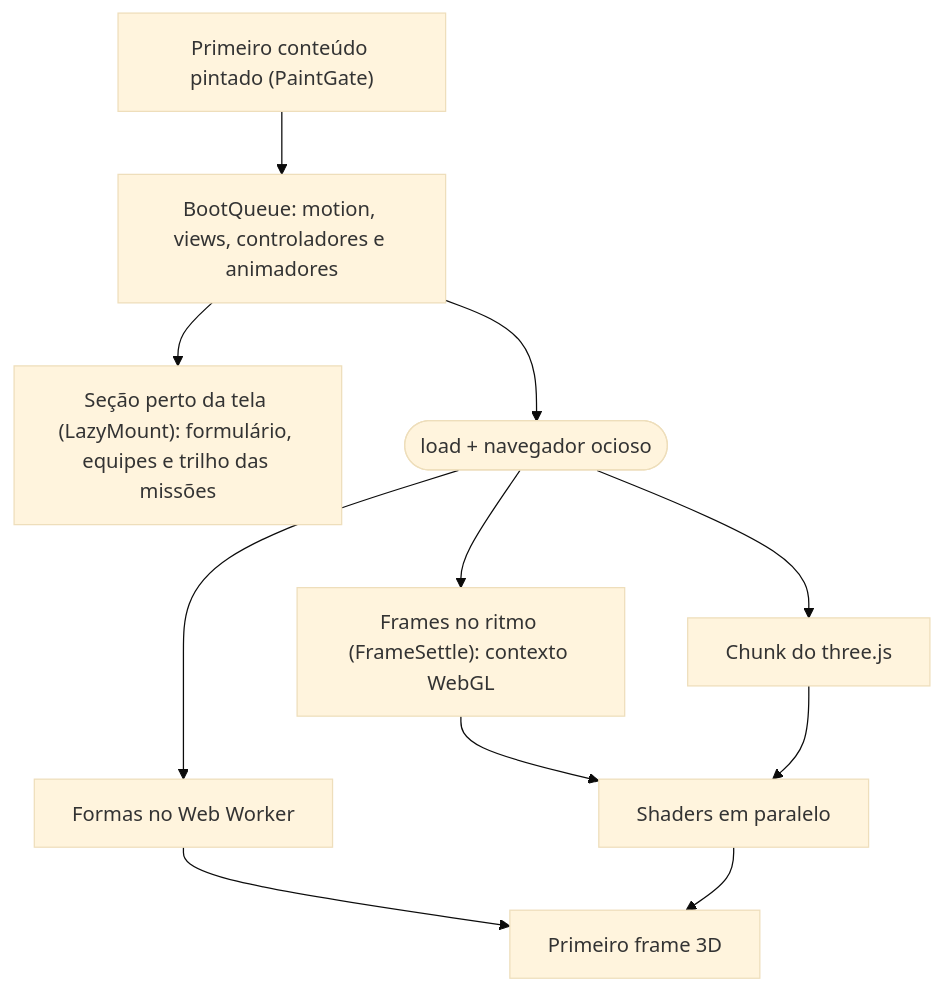
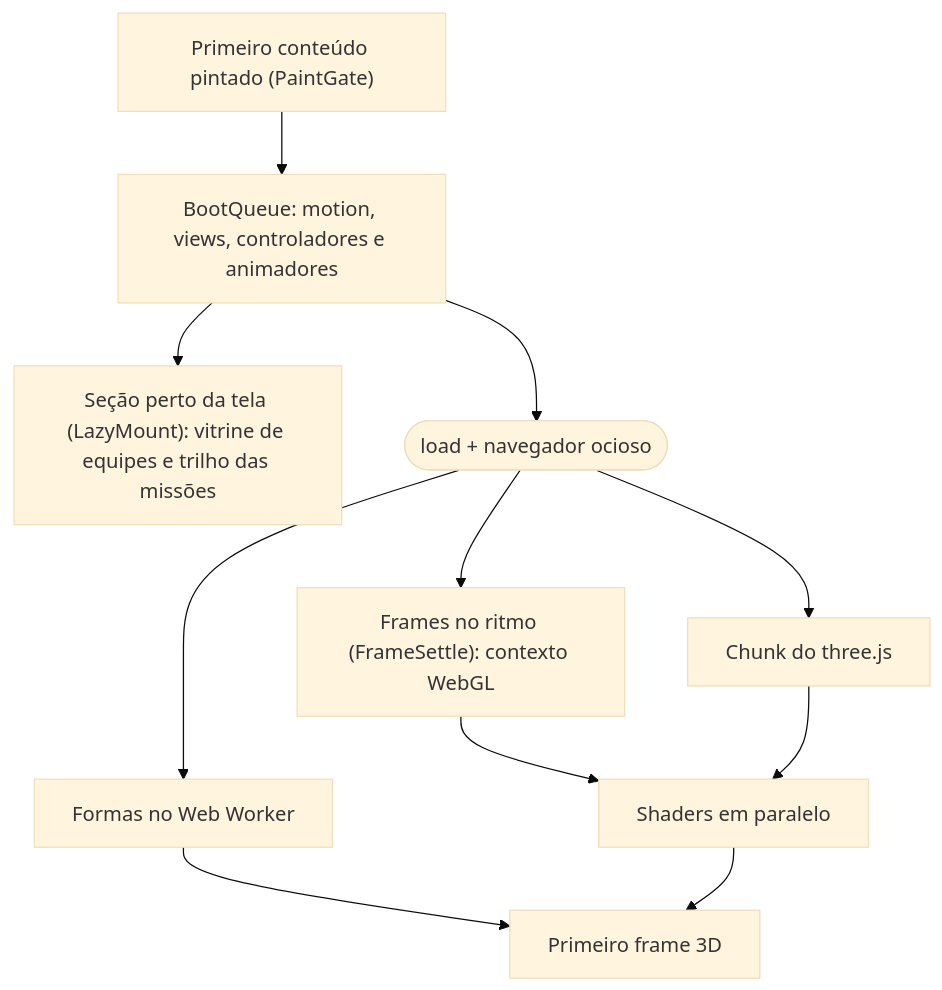
The second of 2 diagrams in README.md (Marcos-Codfy/lp-hackarun), drawn with Mermaid (base theme) before and after one commit. The commit also changed other lines of this file and 13 other files, not shown here.

````diff
--- a/README.md
+++ b/README.md
@@ -185,13 +186,13 @@
 ```mermaid
 flowchart TB
   P["Primeiro conteúdo pintado (PaintGate)"] --> B["BootQueue: motion, views, controladores e animadores"]
-  B --> Z["Seção perto da tela (LazyMount): formulário, equipes e trilho das missões"]
+  B --> Z["Seção perto da tela (LazyMount): vitrine de equipes e trilho das missões"]
   B --> L(["load + navegador ocioso"])
   L --> X["Chunk do three.js"]
   L --> W["Formas no Web Worker"]
   L --> F["Frames no ritmo (FrameSettle): contexto WebGL"]
   F --> S["Shaders em paralelo"]
   X --> S
   W --> R["Primeiro frame 3D"]
   S --> R
 ```
````
